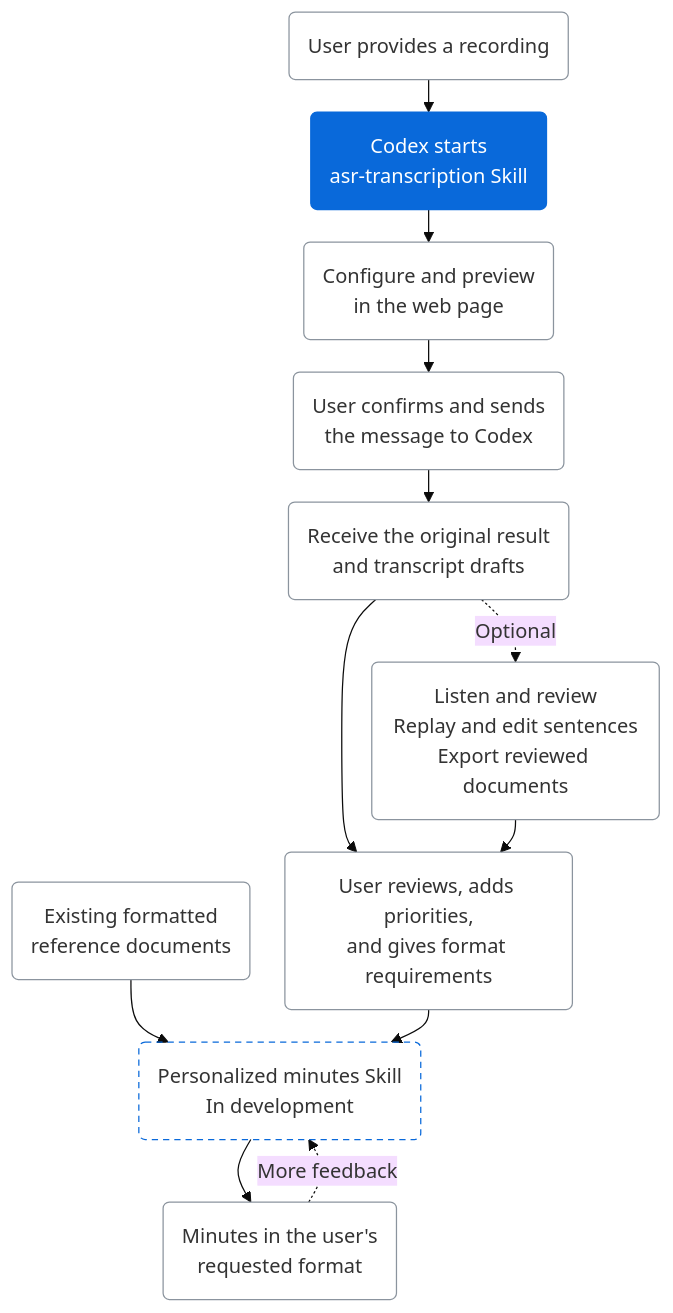
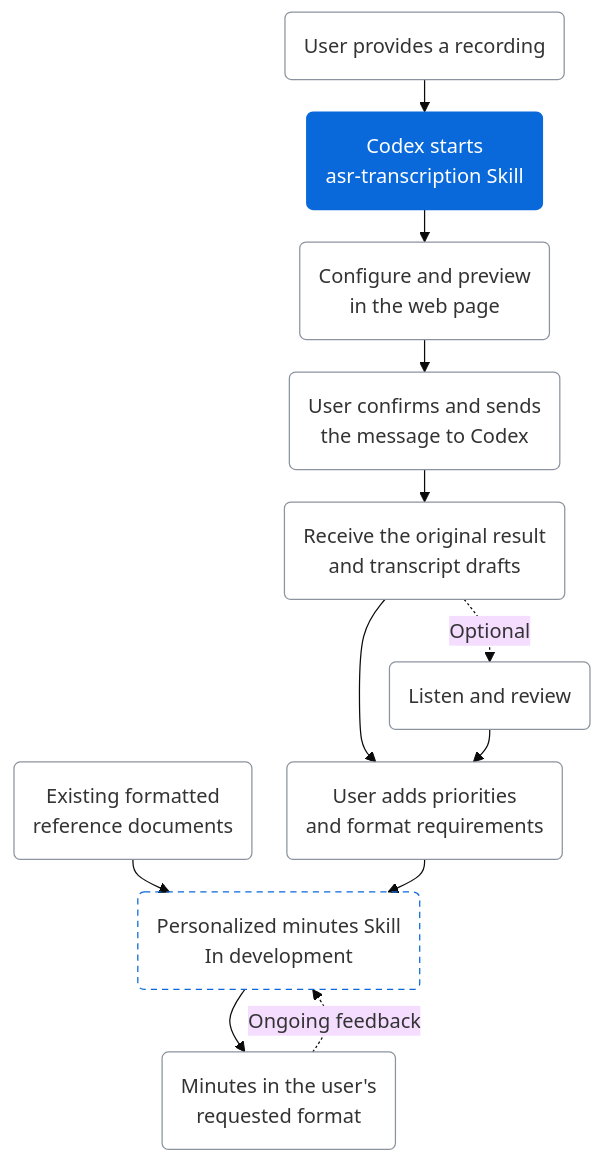
Before and after one commit to hx101700/memoflow: the diagram in README.en.md, drawn with Mermaid (base theme). The commit also changed other lines of this file and 11 other files, not shown here.

````diff
--- a/README.en.md
+++ b/README.en.md
@@ -34,27 +34,27 @@
 ```mermaid
 ---
 config:
   flowchart:
     curve: basis
     nodeSpacing: 28
     rankSpacing: 26
 ---
 flowchart TD
     A("User provides a recording") --> B("Codex starts<br/>asr-transcription Skill")
     B --> C("Configure and preview<br/>in the web page")
     C --> D("User confirms and sends<br/>the message to Codex")
     D --> E("Receive the original result<br/>and transcript drafts")
-    E --> F("User reviews, adds priorities,<br/>and gives format requirements")
-    E -. "Optional" .-> R("Listen and review<br/>Replay and edit sentences<br/>Export reviewed documents")
+    E --> F("User adds priorities<br/>and format requirements")
+    E -. "Optional" .-> R("Listen and review")
     R --> F
     G("Existing formatted<br/>reference documents") --> H("Personalized minutes Skill<br/>In development")
     F --> H
     H --> I("Minutes in the user's<br/>requested format")
-    I -. "More feedback" .-> H
+    I -. "Ongoing feedback" .-> H
 
     classDef default fill:transparent,stroke:#8b949e,stroke-width:1px,filter:none;
     classDef active fill:#0969da,stroke:#0969da,color:#ffffff;
     classDef planned stroke:#0969da,stroke-dasharray:5 4;
     class B active;
     class H planned;
 ```
````
